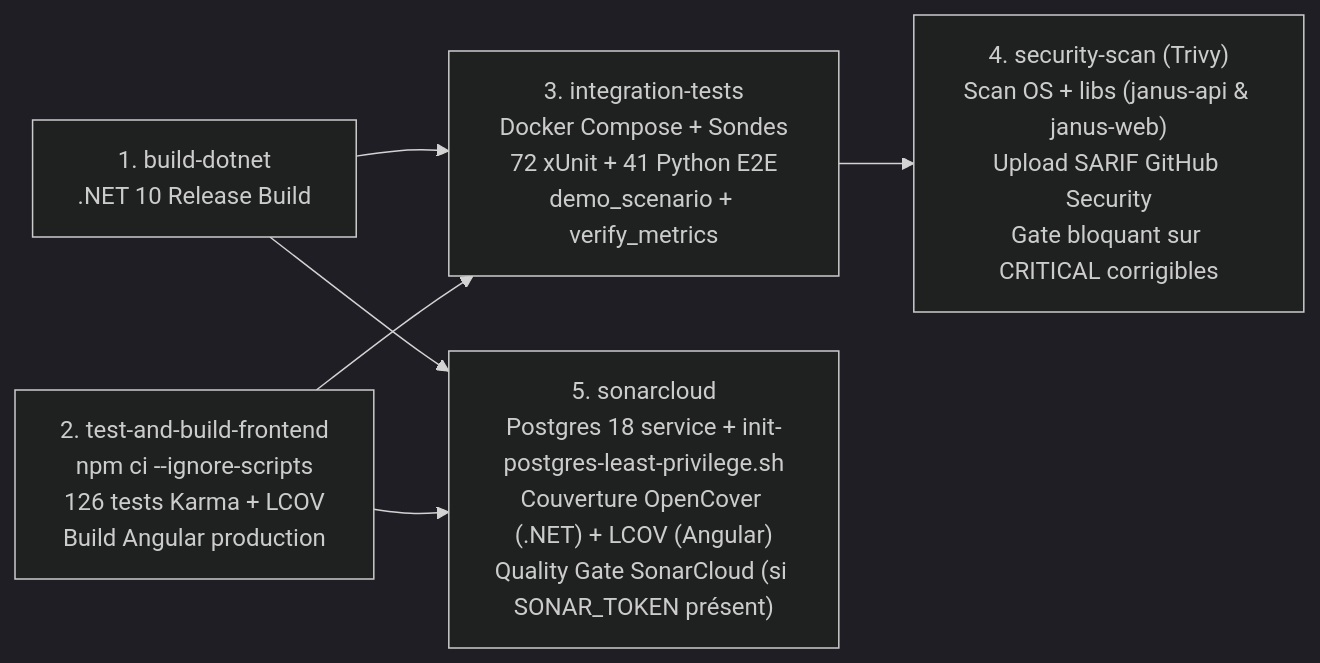
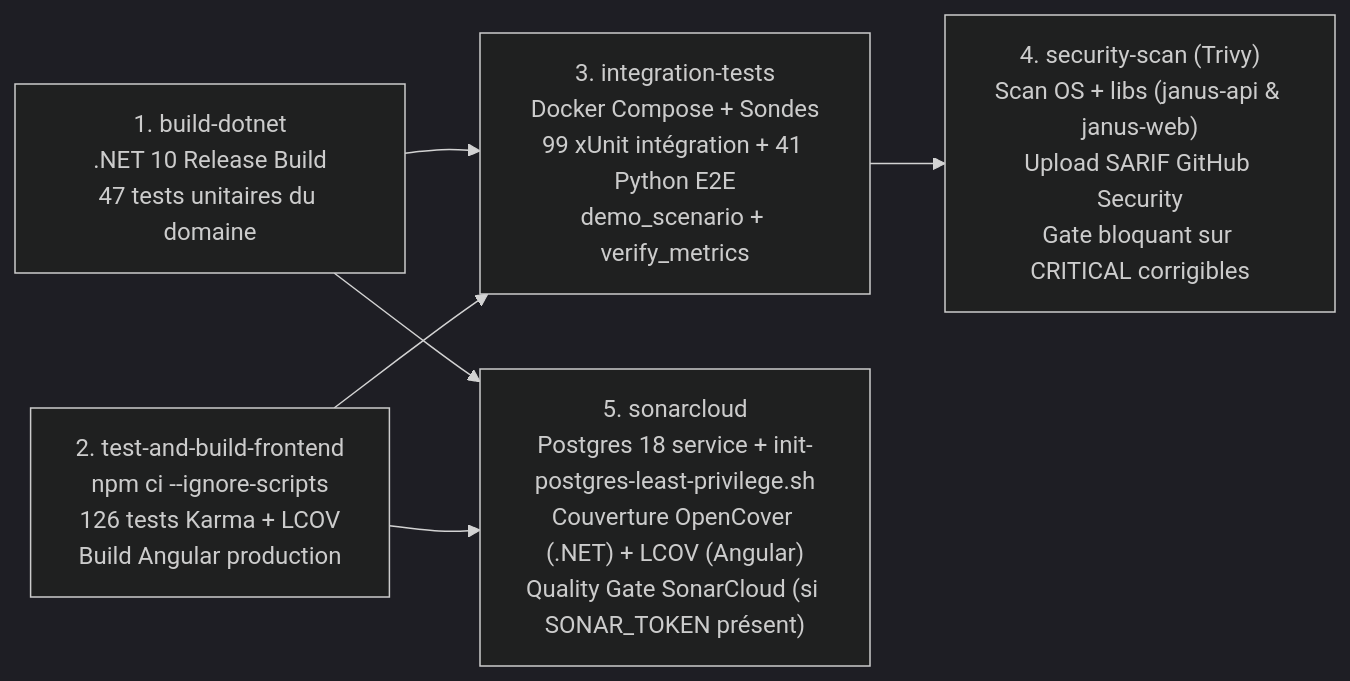
Before and after one commit to nacefmoula/janus-rfid-platform: the fourth of 4 diagrams in README.md, drawn with Mermaid (dark theme). The commit also changed other lines of this file, not shown here.

First line of the commit message:
docs(readme): sync README with lot 4 architecture and ledger

````diff
--- a/README.md
+++ b/README.md
@@ -634,8 +643,8 @@
 ```mermaid
 flowchart LR
-    J1["1. build-dotnet\n.NET 10 Release Build"] --> J3["3. integration-tests\nDocker Compose + Sondes\n72 xUnit + 41 Python E2E\ndemo_scenario + verify_metrics"]
+    J1["1. build-dotnet\n.NET 10 Release Build\n47 tests unitaires du domaine"] --> J3["3. integration-tests\nDocker Compose + Sondes\n99 xUnit intégration + 41 Python E2E\ndemo_scenario + verify_metrics"]
     J2["2. test-and-build-frontend\nnpm ci --ignore-scripts\n126 tests Karma + LCOV\nBuild Angular production"] --> J3
     J3 --> J4["4. security-scan (Trivy)\nScan OS + libs (janus-api & janus-web)\nUpload SARIF GitHub Security\nGate bloquant sur CRITICAL corrigibles"]
     J1 --> J5["5. sonarcloud\nPostgres 18 service + init-postgres-least-privilege.sh\nCouverture OpenCover (.NET) + LCOV (Angular)\nQuality Gate SonarCloud (si SONAR_TOKEN présent)"]
     J2 --> J5
 ```
````
